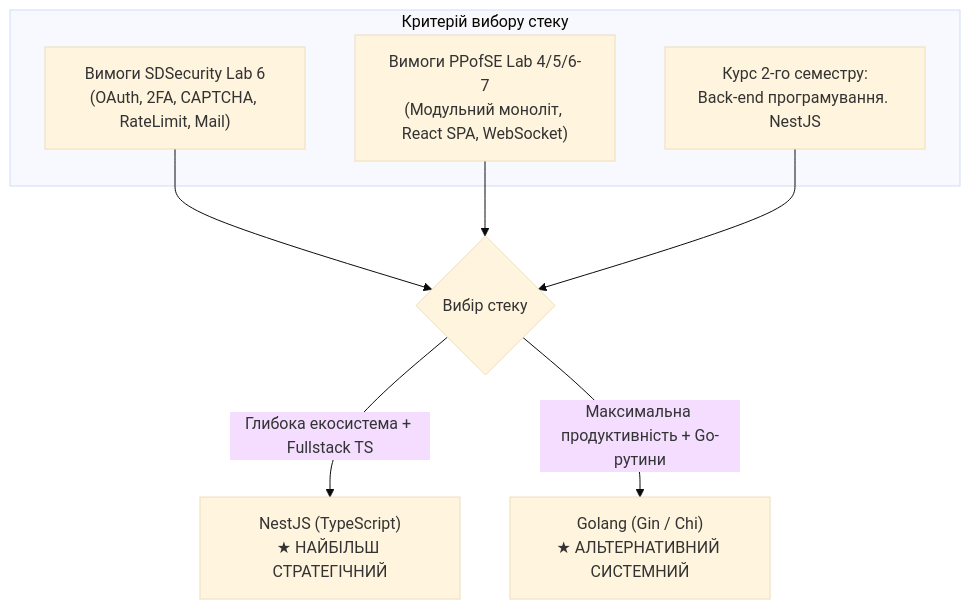
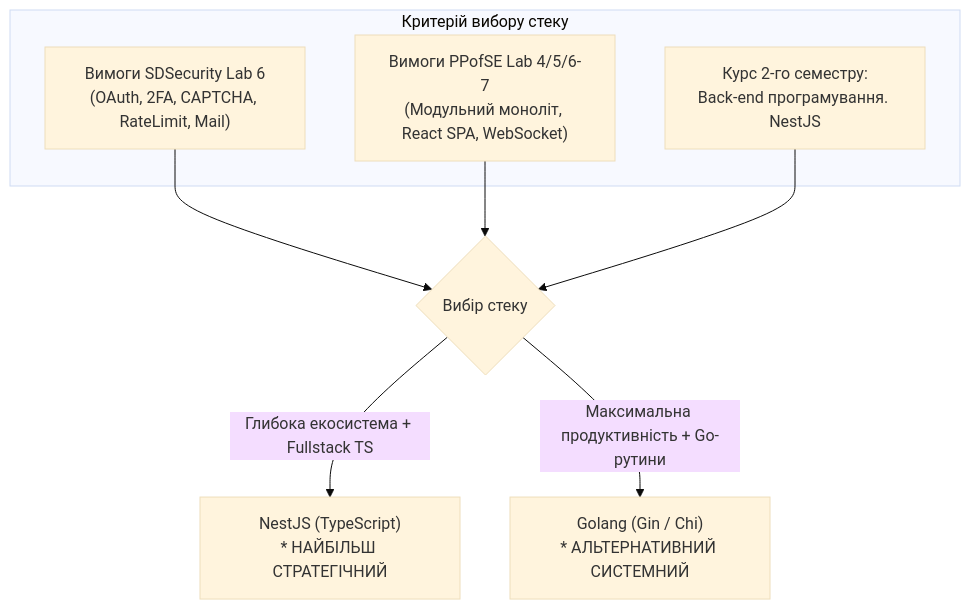
Before and after one commit to finkord/bug-tracker: the first of 2 diagrams in info/deprecated/TECH_STACK_AND_AUTH_PREPARATION.md, drawn with Mermaid (base theme). The commit also changed 74 other files, not shown here.

````diff
--- a/info/deprecated/TECH_STACK_AND_AUTH_PREPARATION.md
+++ b/info/deprecated/TECH_STACK_AND_AUTH_PREPARATION.md
@@ -38,13 +38,13 @@
 ```mermaid
 graph TD
     subgraph "Критерій вибору стеку"
         A["Вимоги SDSecurity Lab 6<br/>(OAuth, 2FA, CAPTCHA, RateLimit, Mail)"]
         B["Вимоги PPofSE Lab 4/5/6-7<br/>(Модульний моноліт, React SPA, WebSocket)"]
         C["Курс 2-го семестру:<br/>Back-end програмування. NestJS"]
     end
     A --> D{"Вибір стеку"}
     B --> D
     C --> D
-    D -->|Глибока екосистема + Fullstack TS| NEST["NestJS (TypeScript)<br/>★ НАЙБІЛЬШ СТРАТЕГІЧНИЙ"]
-    D -->|Максимальна продуктивність + Go-рутини| GO["Golang (Gin / Chi)<br/>★ АЛЬТЕРНАТИВНИЙ СИСТЕМНИЙ"]
+    D -->|Глибока екосистема + Fullstack TS| NEST["NestJS (TypeScript)<br/>* НАЙБІЛЬШ СТРАТЕГІЧНИЙ"]
+    D -->|Максимальна продуктивність + Go-рутини| GO["Golang (Gin / Chi)<br/>* АЛЬТЕРНАТИВНИЙ СИСТЕМНИЙ"]
 ```
````
